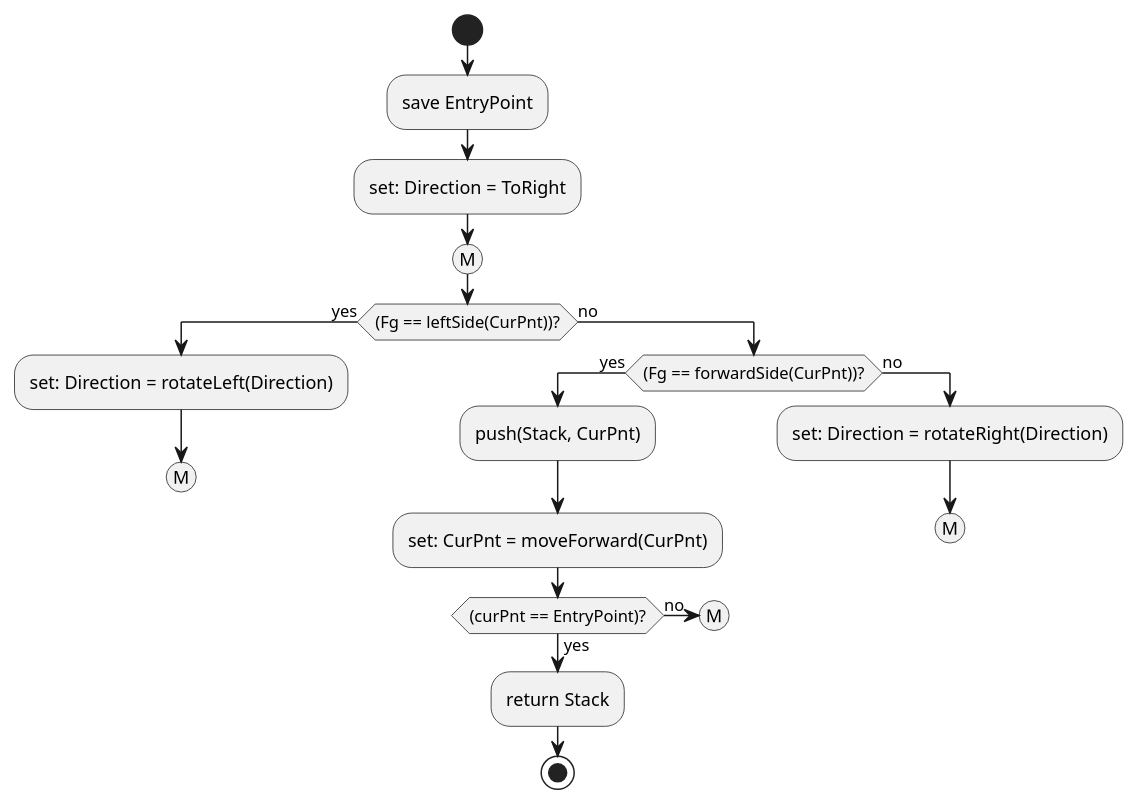
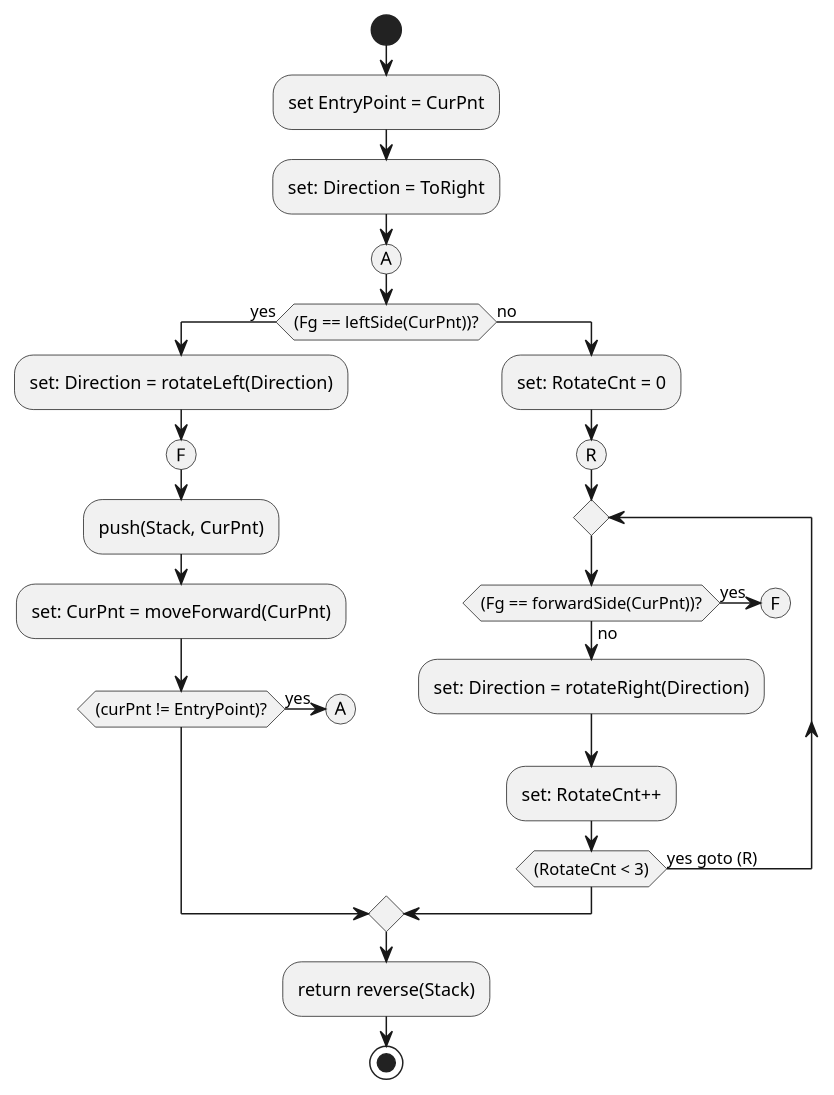
The fifth of 6 diagrams in README.org (rigidus/survey), drawn with PlantUML before and after one commit. The commit also changed other lines of this file, not shown here.

```diff
--- a/README.org
+++ b/README.org
@@ -1167,28 +1167,29 @@
 #+BEGIN_SRC plantuml :file ./img/rc-edge-detector.png
   start
-    :save EntryPoint;
+    :set EntryPoint = CurPnt;
     :set: Direction = ToRight;
     !pragma useVerticalIf on
-    (M)
+    (A)
     if ((Fg == leftSide(CurPnt))?) then (yes)
       :set: Direction = rotateLeft(Direction);
-      (M)
-      detach;
+      (F)
+      :push(Stack, CurPnt);
+      :set: CurPnt = moveForward(CurPnt);
+      if ((curPnt != EntryPoint)?) then (yes)
+        (A)
+      endif;
     else (no)
-      if ((Fg == forwardSide(CurPnt))?) then (yes)
-        :push(Stack, CurPnt);
-        :set: CurPnt = moveForward(CurPnt);
-        if ((curPnt == EntryPoint)?) then (yes)
-          :return Stack;
-          stop;
+      :set: RotateCnt = 0;
+      (R)
+      repeat
+        if ((Fg == forwardSide(CurPnt))?) then (yes)
+          (F)
         else (no)
-          (M)
-          detach;
+          :set: Direction = rotateRight(Direction);
+          :set: RotateCnt++;
         endif;
-      else (no)
-        :set: Direction = rotateRight(Direction);
-        (M)
-        detach;
-      endif;
+      repeat while ((RotateCnt < 3)) is (yes goto (R))
     endif;
+    :return reverse(Stack);
+    stop;
 #+END_SRC
```
